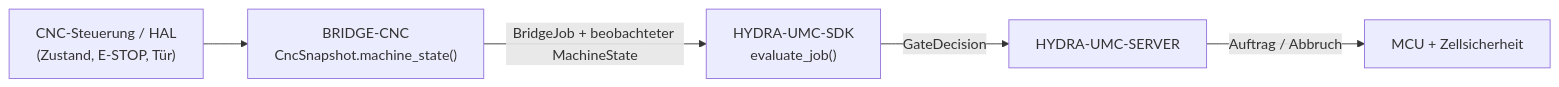
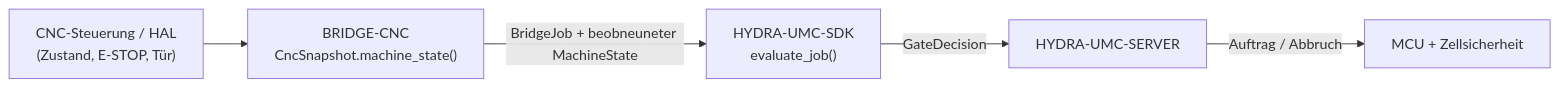
Before and after one commit to JuanenRac/HYDRA-UMC-BRIDGE-CNC: the diagram in README_deu.md, drawn with Mermaid. The commit also changed other lines of this file and 19 other files, not shown here.

````diff
--- a/README_deu.md
+++ b/README_deu.md
@@ -42,7 +42,7 @@
 ```mermaid
 flowchart LR
     CNC["CNC-Steuerung / HAL<br/>(Zustand, E-STOP, Tür)"] --> BRIDGE["BRIDGE-CNC<br/>CncSnapshot.machine_state()"]
-    BRIDGE -- "BridgeJob + beobachteter MachineState" --> SDK["HYDRA-UMC-SDK<br/>evaluate_job()"]
+    BRIDGE -- "BridgeJob + beobneuneter MachineState" --> SDK["HYDRA-UMC-SDK<br/>evaluate_job()"]
     SDK -- GateDecision --> SERVER["HYDRA-UMC-SERVER"]
     SERVER -- "Auftrag / Abbruch" --> MCU["MCU + Zellsicherheit"]
 ```
````
